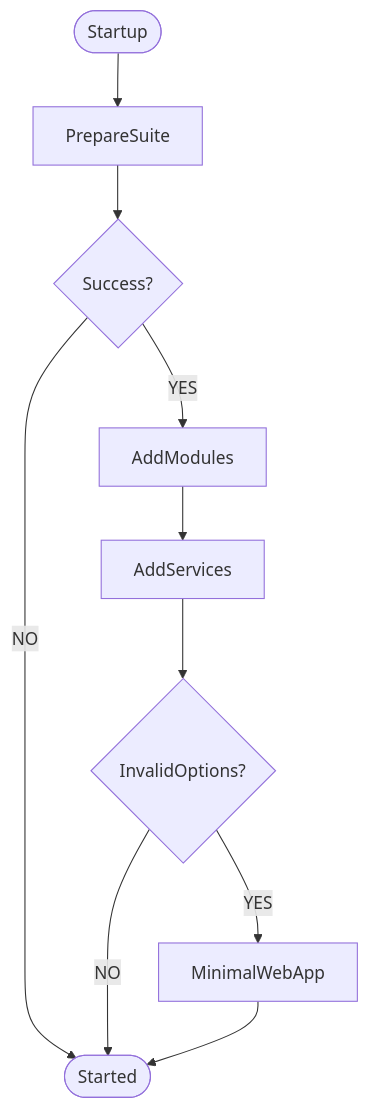
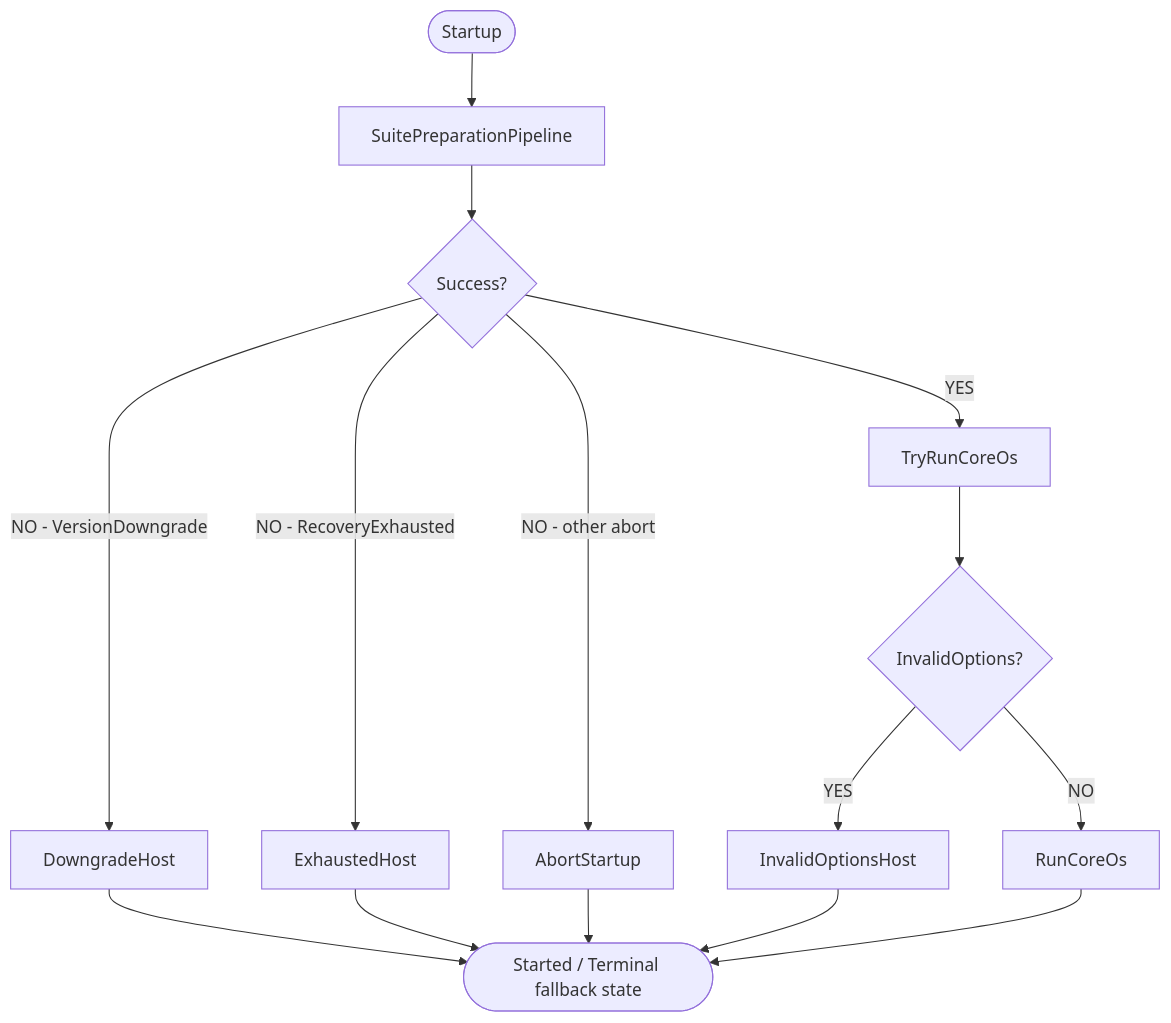
The first of 4 diagrams in docs/suite-startup.md (vicione-oss/vicione-suite-suite), drawn with Mermaid before and after one commit. The commit also changed other lines of this file and 30 other files, not shown here.

Commit message:
Resolve "Startup, rework module host preparations"

````diff
--- a/docs/suite-startup.md
+++ b/docs/suite-startup.md
@@ -10,18 +11,23 @@
 ```mermaid
 flowchart TD
     Start([Startup])
-    Start --> PrepareSuite
-    PrepareSuite --> IsPepared{Success?}
+    Start --> SuitePreparationPipeline
+    SuitePreparationPipeline --> IsPrepared{Success?}
 
-    IsPepared -->|YES| AddModules
-    IsPepared -->|NO| StartCoreOs
+    IsPrepared -->|YES| TryRunCoreOs
+    IsPrepared -->|NO - VersionDowngrade| DowngradeHost
+    IsPrepared -->|NO - RecoveryExhausted| ExhaustedHost
+    IsPrepared -->|NO - other abort| AbortStartup
 
-    AddModules --> AddServices
-    AddServices --> HasInvalidOptions{InvalidOptions?}    
-    HasInvalidOptions -->|NO| StartCoreOs 
-    HasInvalidOptions -->|YES| MinimalWebApp
+    TryRunCoreOs --> HasInvalidOptions{InvalidOptions?}
+    HasInvalidOptions -->|NO| RunCoreOs
+    HasInvalidOptions -->|YES| InvalidOptionsHost
 
-    MinimalWebApp --> StartCoreOs
+    DowngradeHost --> End
+    ExhaustedHost --> End
+    AbortStartup --> End
+    InvalidOptionsHost --> End
+    RunCoreOs --> End
 
-    StartCoreOs([Started])
+    End([Started / Terminal fallback state])
 ```
````
